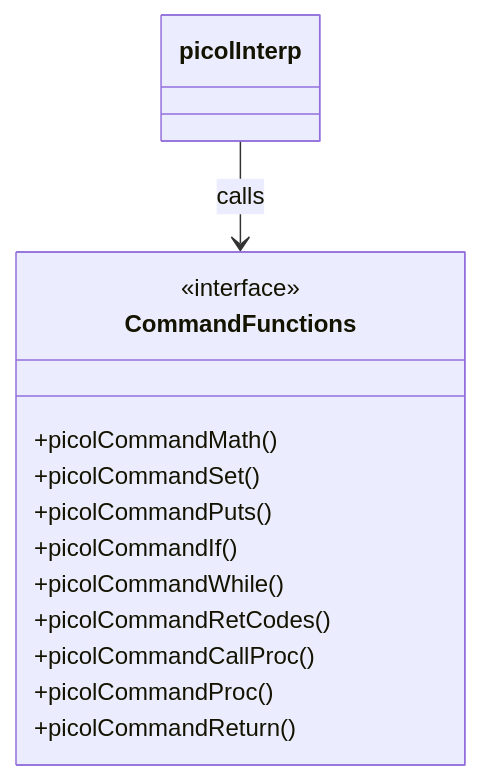
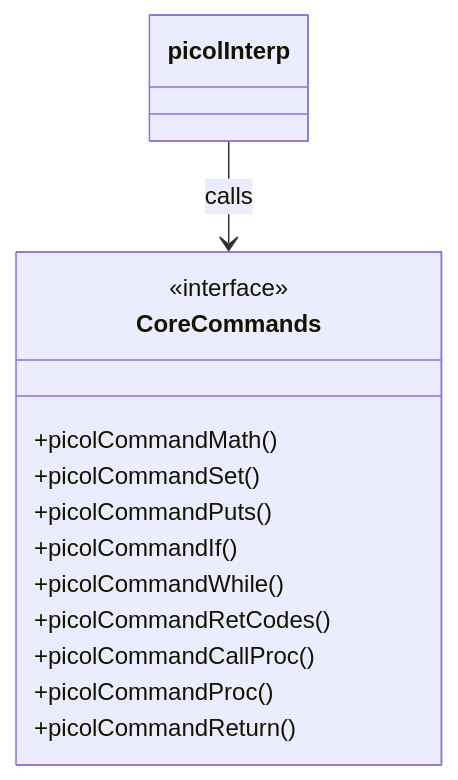
One commit to zjb1001/picol changed the third of 7 diagrams in docs/project_structure.md. Above: the diagram before and after it, drawn with Mermaid. The commit also changed other lines of this file and 9 other files, not shown here.

````diff
--- a/docs/project_structure.md
+++ b/docs/project_structure.md
@@ -43,17 +92,17 @@
-```mermaid
+<div class="mermaid">
 classDiagram
-    class CommandFunctions {
+    class CoreCommands {
         <<interface>>
         +picolCommandMath()
         +picolCommandSet()
         +picolCommandPuts()
         +picolCommandIf()
         +picolCommandWhile()
         +picolCommandRetCodes()
         +picolCommandCallProc()
         +picolCommandProc()
         +picolCommandReturn()
     }
     
-    picolInterp --> CommandFunctions : calls
-```
+    picolInterp --> CoreCommands : calls
+</div>
````
